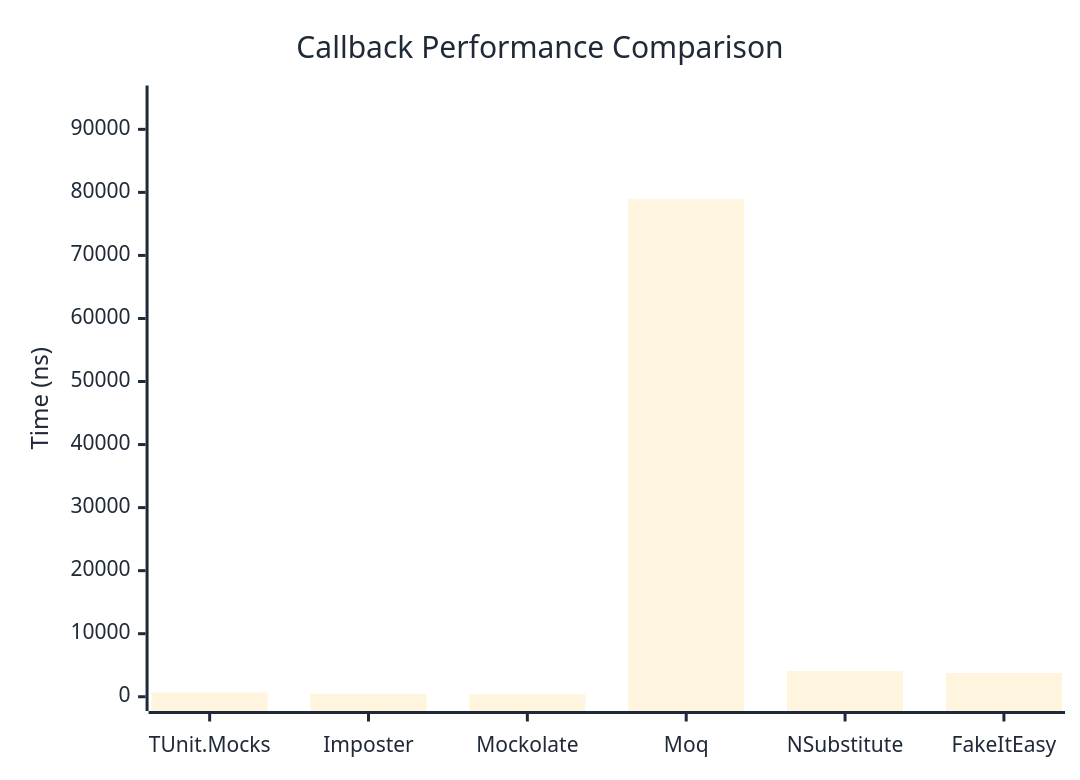
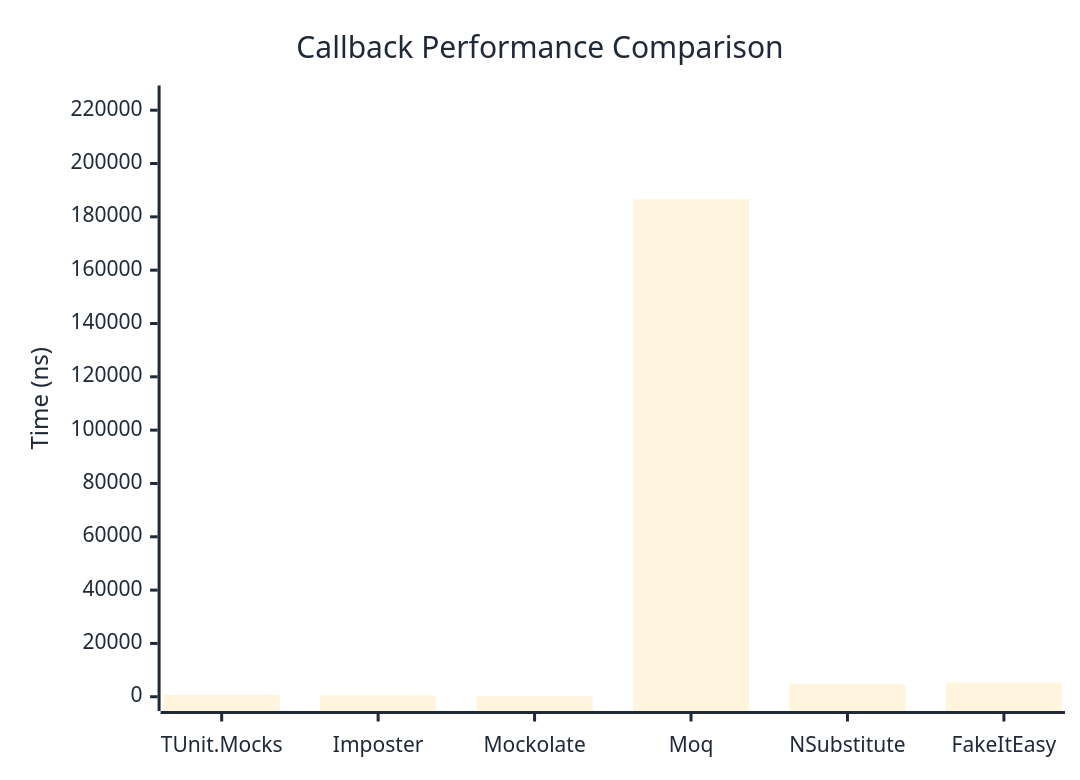
The first of 2 diagrams in docs/docs/benchmarks/mocks/Callback.md (thomhurst/TUnit), drawn with Mermaid before and after one commit. The commit also changed other lines of this file and 14 other files, not shown here.

````diff
--- a/docs/docs/benchmarks/mocks/Callback.md
+++ b/docs/docs/benchmarks/mocks/Callback.md
@@ -30,27 +30,27 @@
 ```mermaid
 %%{init: {
   'theme':'base',
   'themeVariables': {
     'primaryColor': '#2563eb',
     'primaryTextColor': '#1f2937',
     'primaryBorderColor': '#1e40af',
     'lineColor': '#6b7280',
     'secondaryColor': '#7c3aed',
     'tertiaryColor': '#dc2626',
     'background': '#ffffff',
     'pie1': '#2563eb',
     'pie2': '#7c3aed',
     'pie3': '#dc2626',
     'pie4': '#f59e0b',
     'pie5': '#10b981',
     'pie6': '#06b6d4',
     'pie7': '#ec4899',
     'pie8': '#6366f1'
   }
 }}%%
 xychart-beta
   title "Callback Performance Comparison"
   x-axis ["TUnit.Mocks", "Imposter", "Mockolate", "Moq", "NSubstitute", "FakeItEasy"]
-  y-axis "Time (ns)" 0 --> 94692
-  bar [687.2, 472.5, 376.6, 78909.9, 4077.9, 3760.4]
+  y-axis "Time (ns)" 0 --> 223919
+  bar [695.4, 488, 372.8, 186598.9, 4850.6, 5339.9]
 ```
````
